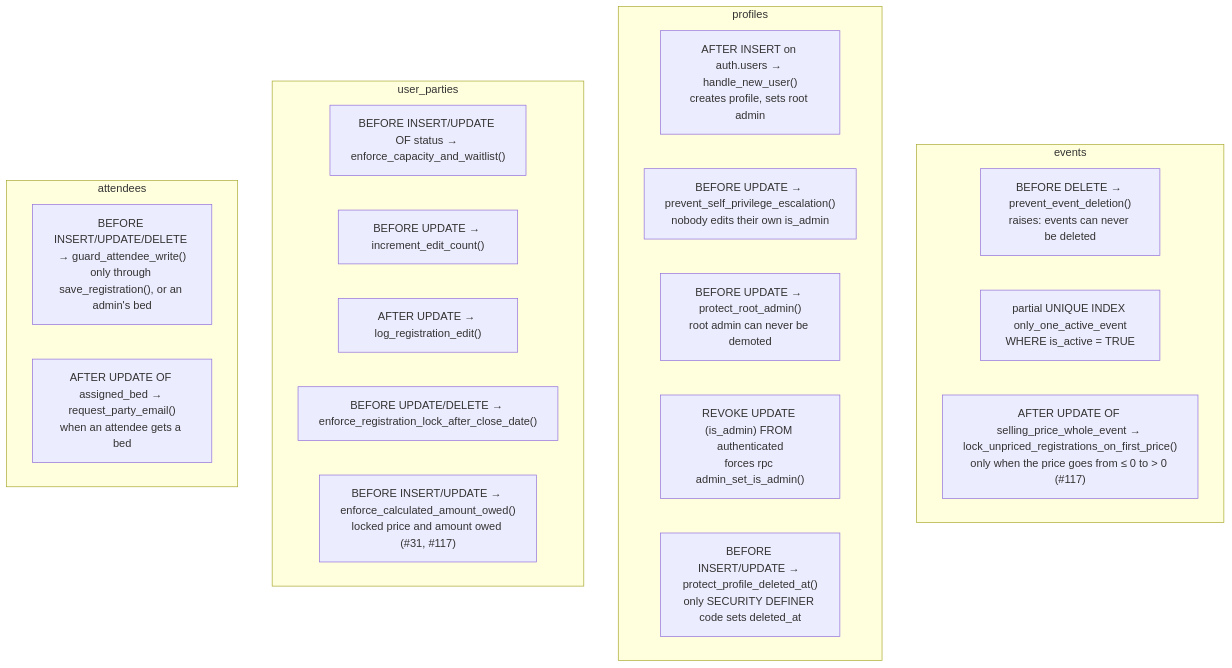
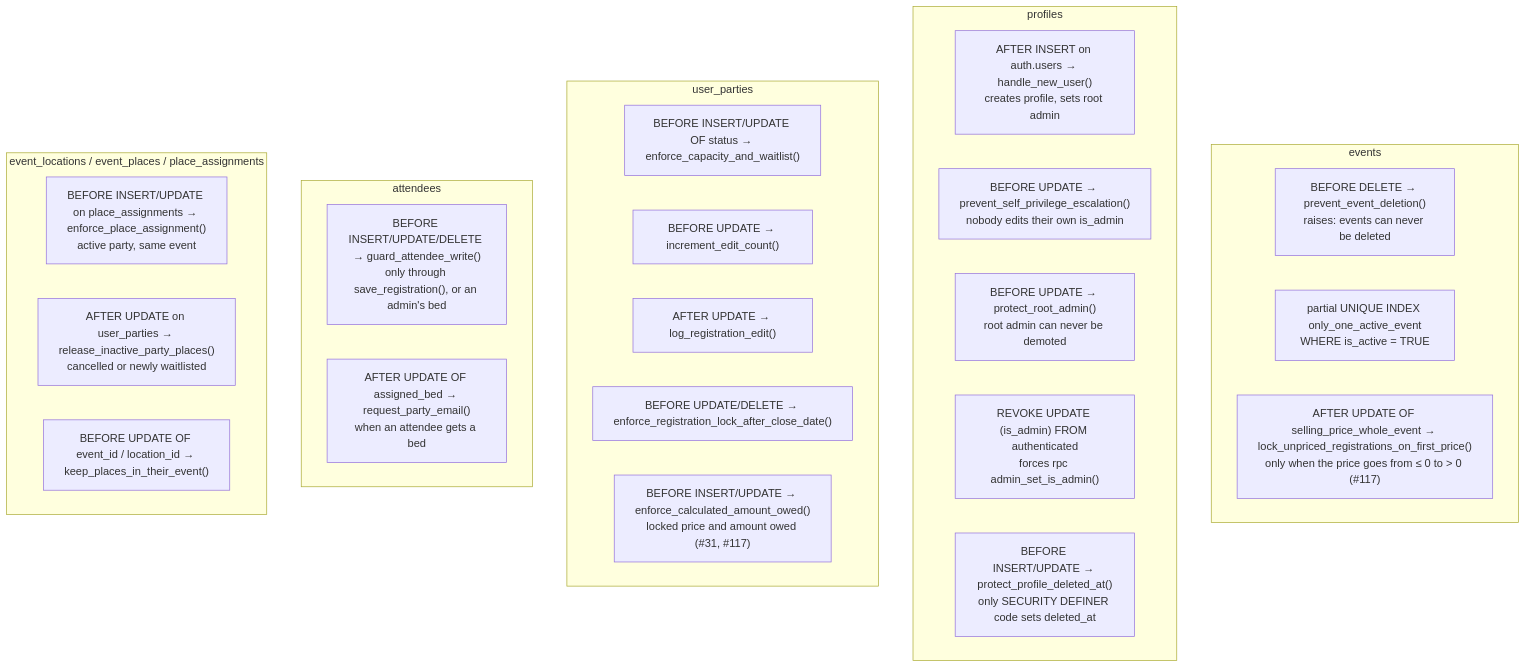
Before and after one commit to YULmix/yulmix-la-bedaine: the second of 2 diagrams in docs/03-data-model.md, drawn with Mermaid. The commit also changed other lines of this file and 11 other files, not shown here.

First line of the commit message:
feat(admin): per-event sleeping locations and places on the attendees table (#113) (#129)

````diff
--- a/docs/03-data-model.md
+++ b/docs/03-data-model.md
@@ -214,26 +238,31 @@
 ```mermaid
 flowchart TD
   subgraph events
     E1["BEFORE DELETE → prevent_event_deletion()<br/>raises: events can never be deleted"]
     E2["partial UNIQUE INDEX only_one_active_event<br/>WHERE is_active = TRUE"]
     E3["AFTER UPDATE OF selling_price_whole_event → lock_unpriced_registrations_on_first_price()<br/>only when the price goes from ≤ 0 to > 0 (#117)"]
   end
   subgraph profiles
     P1["AFTER INSERT on auth.users → handle_new_user()<br/>creates profile, sets root admin"]
     P2["BEFORE UPDATE → prevent_self_privilege_escalation()<br/>nobody edits their own is_admin"]
     P3["BEFORE UPDATE → protect_root_admin()<br/>root admin can never be demoted"]
     P4["REVOKE UPDATE (is_admin) FROM authenticated<br/>forces rpc admin_set_is_admin()"]
     P5["BEFORE INSERT/UPDATE → protect_profile_deleted_at()<br/>only SECURITY DEFINER code sets deleted_at"]
   end
   subgraph user_parties
     U2["BEFORE INSERT/UPDATE OF status → enforce_capacity_and_waitlist()"]
     U3["BEFORE UPDATE → increment_edit_count()"]
     U4["AFTER UPDATE → log_registration_edit()"]
     U5["BEFORE UPDATE/DELETE → enforce_registration_lock_after_close_date()"]
     U6["BEFORE INSERT/UPDATE → enforce_calculated_amount_owed()<br/>locked price and amount owed (#31, #117)"]
   end
   subgraph attendees
     A1["BEFORE INSERT/UPDATE/DELETE → guard_attendee_write()<br/>only through save_registration(), or an admin's bed"]
     A2["AFTER UPDATE OF assigned_bed → request_party_email()<br/>when an attendee gets a bed"]
   end
+  subgraph places["event_locations / event_places / place_assignments"]
+    L1["BEFORE INSERT/UPDATE on place_assignments → enforce_place_assignment()<br/>active party, same event"]
+    L2["AFTER UPDATE on user_parties → release_inactive_party_places()<br/>cancelled or newly waitlisted"]
+    L3["BEFORE UPDATE OF event_id / location_id → keep_places_in_their_event()"]
+  end
 ```
````
